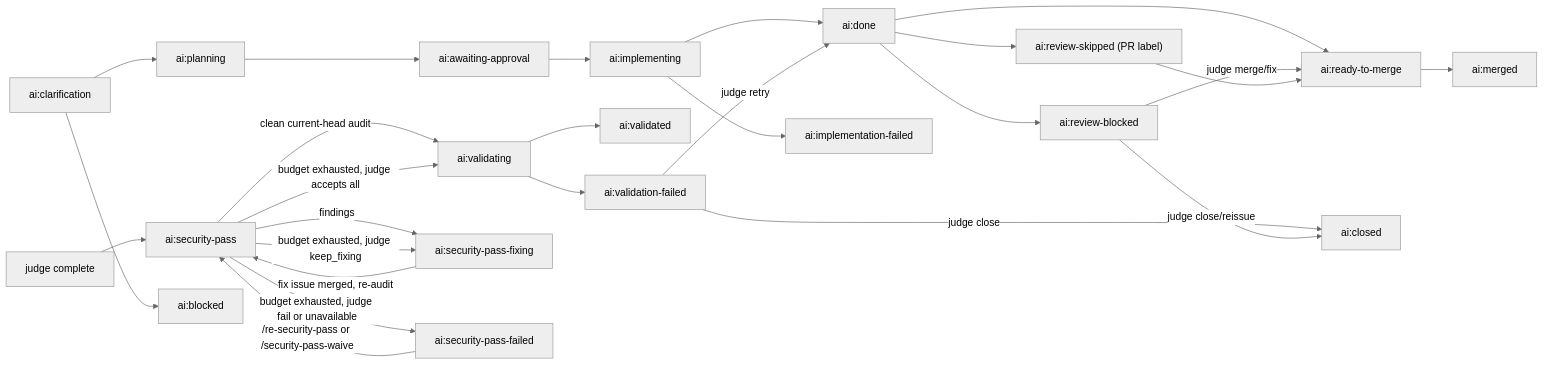
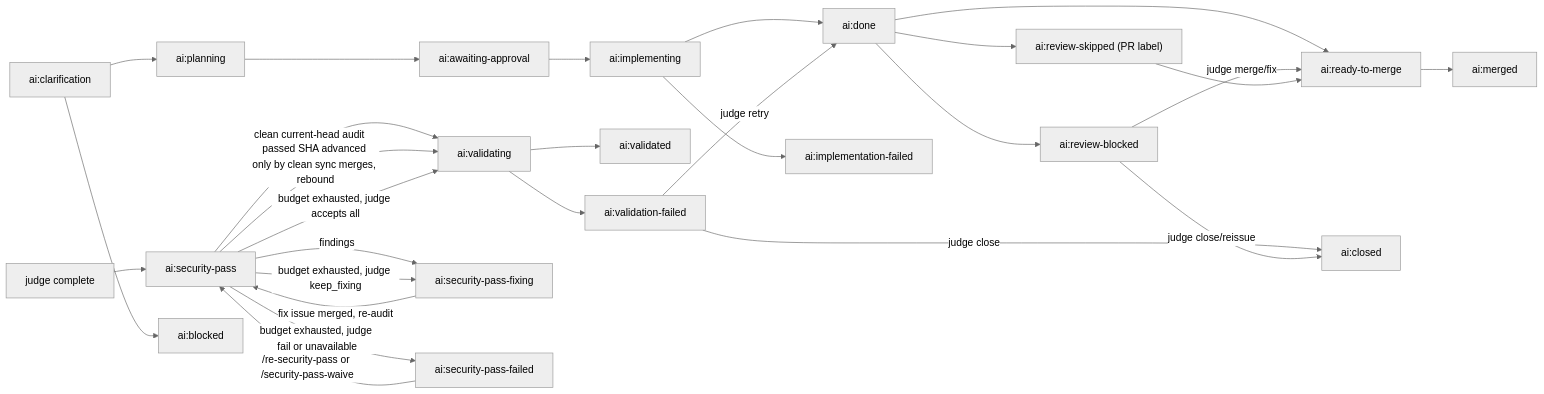
Before and after one commit to shubhodeep1/coding-workflows: the diagram in docs/how-it-works.md, drawn with Mermaid (neutral theme). The commit also changed other lines of this file and 7 other files, not shown here.

````diff
--- a/docs/how-it-works.md
+++ b/docs/how-it-works.md
@@ -13,33 +13,34 @@
 ```mermaid
 flowchart LR
   clarification["ai:clarification"] --> planning["ai:planning"]
   planning --> awaiting["ai:awaiting-approval"]
   awaiting --> implementing["ai:implementing"]
   implementing --> done["ai:done"]
   done --> ready["ai:ready-to-merge"]
   ready --> merged["ai:merged"]
 
   security_entry["judge complete"] --> security_pass["ai:security-pass"]
   security_pass -->|clean current-head audit| validating["ai:validating"]
+  security_pass -->|passed SHA advanced only by clean sync merges, rebound| validating
   security_pass -->|findings| security_pass_fixing["ai:security-pass-fixing"]
   security_pass_fixing -->|fix issue merged, re-audit| security_pass
   security_pass -->|budget exhausted, judge accepts all| validating
   security_pass -->|budget exhausted, judge keep_fixing| security_pass_fixing
   security_pass -->|budget exhausted, judge fail or unavailable| security_pass_failed["ai:security-pass-failed"]
   security_pass_failed -->|/re-security-pass or /security-pass-waive| security_pass
 
   validating --> validated["ai:validated"]
   validating --> validation_failed["ai:validation-failed"]
   validation_failed -->|judge retry| done
   validation_failed -->|judge close| closed["ai:closed"]
 
   clarification --> blocked["ai:blocked"]
   implementing --> implementation_failed["ai:implementation-failed"]
 
   done --> review_blocked["ai:review-blocked"]
   review_blocked -->|judge merge/fix| ready
   review_blocked -->|judge close/reissue| closed
 
   done --> review_skipped["ai:review-skipped (PR label)"]
   review_skipped --> ready
 ```
````
